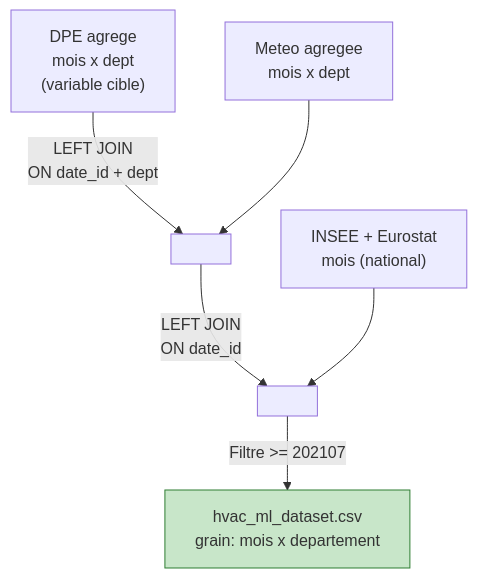
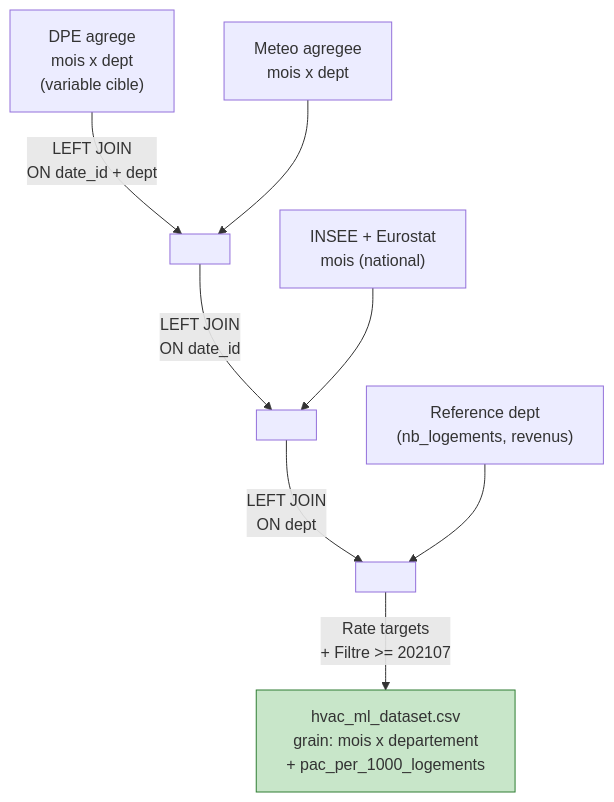
One commit to PDUCLOS/Projet-HVAC changed the third of 9 diagrams in docs/DATA_PIPELINE.md. Above: the diagram before and after it, drawn with Mermaid. The commit also changed 7 other files, not shown here.

First line of the commit message:
Add rate-based target: pac_per_1000_logements

````diff
--- a/docs/DATA_PIPELINE.md
+++ b/docs/DATA_PIPELINE.md
@@ -150,9 +150,11 @@
 ```mermaid
 flowchart TD
     DPE["DPE agrege\nmois x dept\n(variable cible)"] -->|"LEFT JOIN\nON date_id + dept"| J1[" "]
     METEO["Meteo agregee\nmois x dept"] --> J1
     J1 -->|"LEFT JOIN\nON date_id"| J2[" "]
     ECO["INSEE + Eurostat\nmois (national)"] --> J2
-    J2 -->|"Filtre >= 202107"| DATASET["hvac_ml_dataset.csv\ngrain: mois x departement"]
+    J2 -->|"LEFT JOIN\nON dept"| J3[" "]
+    REF["Reference dept\n(nb_logements, revenus)"] --> J3
+    J3 -->|"Rate targets\n+ Filtre >= 202107"| DATASET["hvac_ml_dataset.csv\ngrain: mois x departement\n+ pac_per_1000_logements"]
     style DATASET fill:#c8e6c9,stroke:#2e7d32
 ```
````
